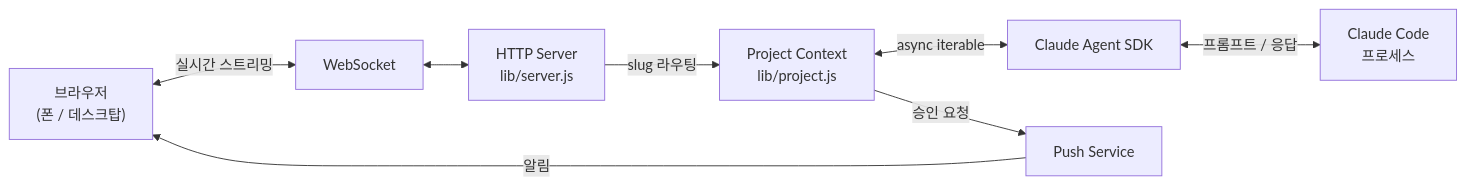
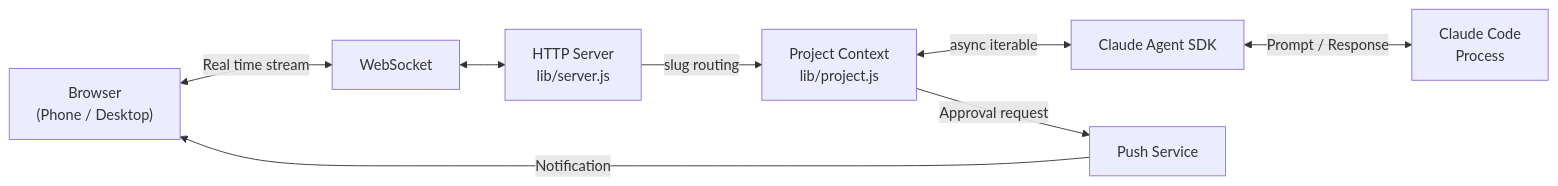
One commit to browntea/clay changed the first of 3 diagrams in docs/architecture.md. Above: the diagram before and after it, drawn with Mermaid. The commit also changed other lines of this file, not shown here.

Commit message:
Update architecture documentation

````diff
--- a/docs/architecture.md
+++ b/docs/architecture.md
@@ -9,18 +9,18 @@
 ```mermaid
 graph LR
-    Browser["브라우저<br/>(폰 / 데스크탑)"]
+    Browser["Browser<br/>(Phone / Desktop)"]
     WS["WebSocket"]
     Server["HTTP Server<br/>lib/server.js"]
     Project["Project Context<br/>lib/project.js"]
     SDK["Claude Agent SDK"]
-    Claude["Claude Code<br/>프로세스"]
+    Claude["Claude Code<br/>Process"]
     Push["Push Service"]
 
-    Browser <-->|실시간 스트리밍| WS
+    Browser <-->|Real time stream| WS
     WS <--> Server
-    Server -->|slug 라우팅| Project
+    Server -->|slug routing| Project
     Project <-->|async iterable| SDK
-    SDK <-->|프롬프트 / 응답| Claude
-    Project -->|승인 요청| Push
-    Push -->|알림| Browser
+    SDK <-->|Prompt / Response| Claude
+    Project -->|Approval request| Push
+    Push -->|Notification| Browser
 ```
````
